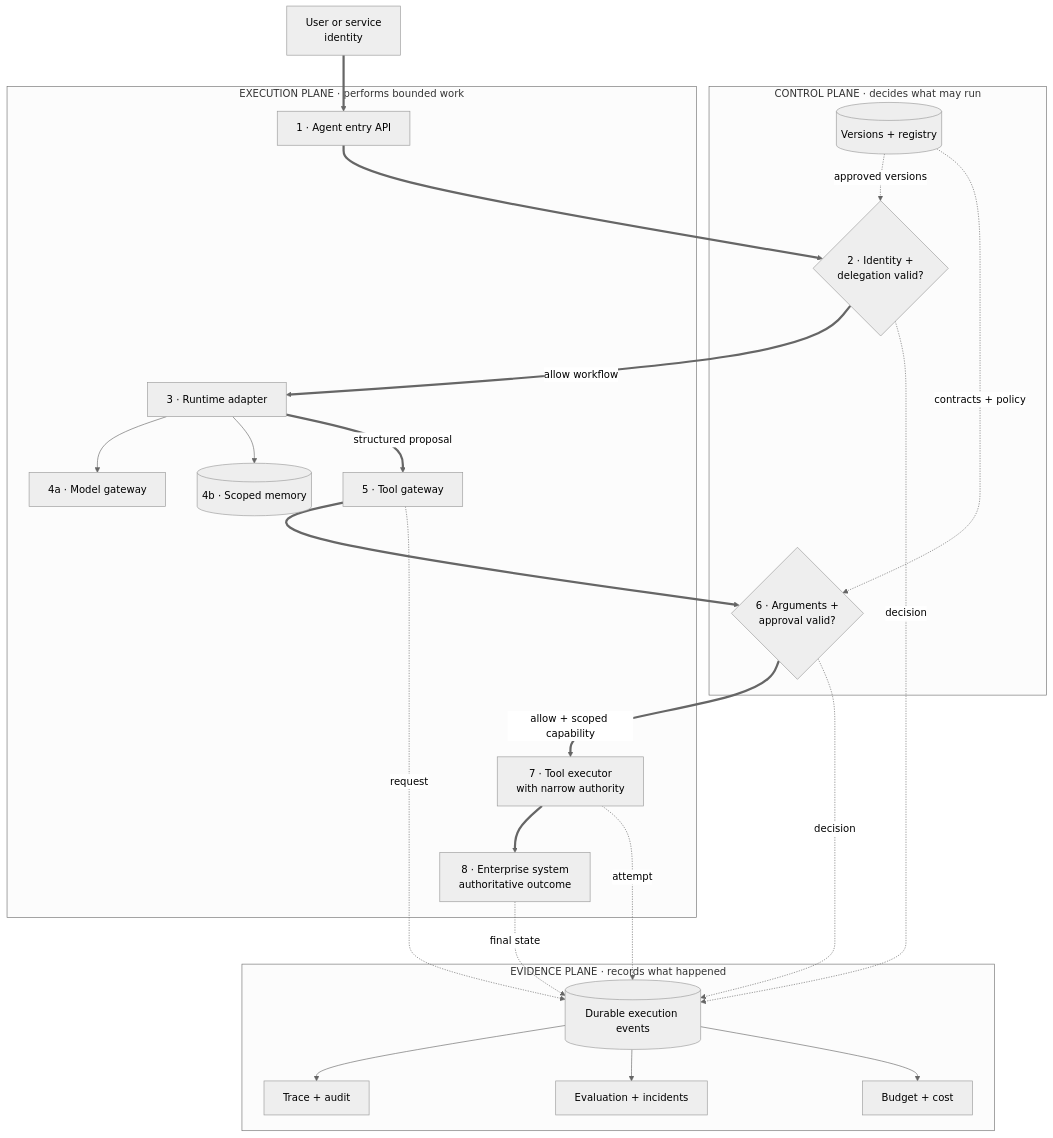
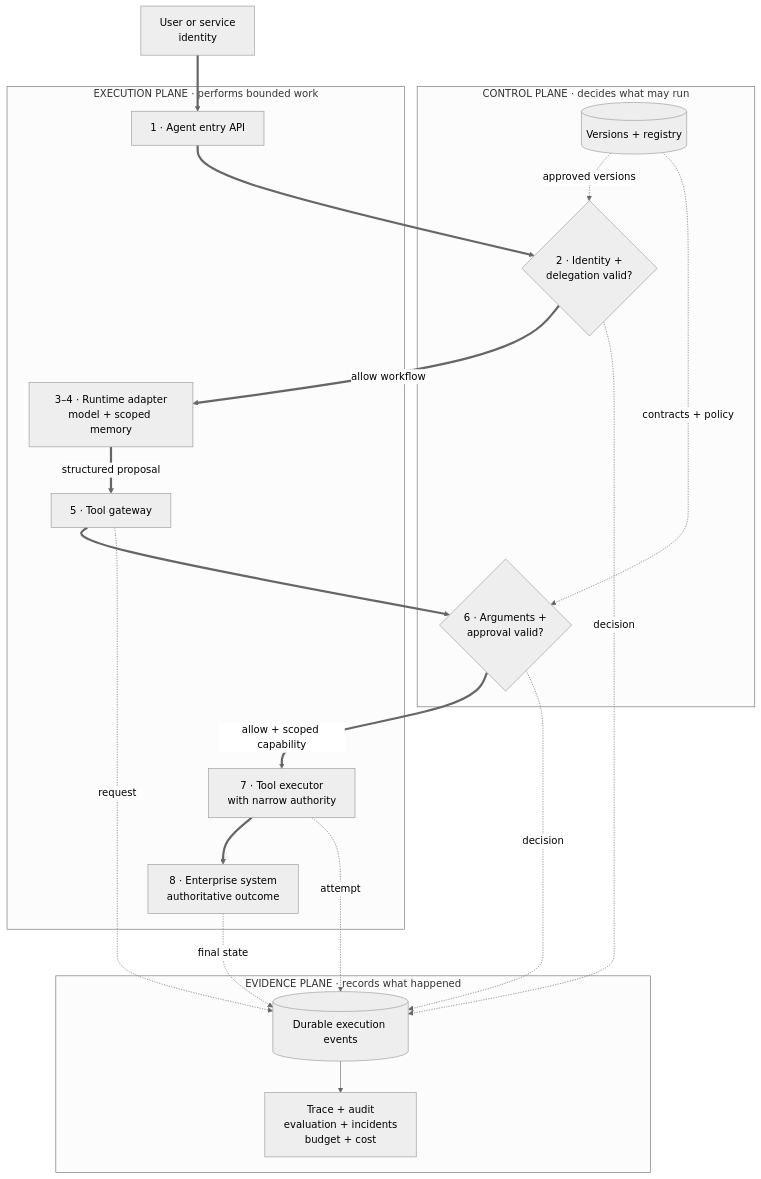
One commit to mlmentorship/mlmentorship.github.io changed the diagram in src/content/posts/2026-08-29-design-enterprise-agent-platform.md. Above: the diagram before and after it, drawn with Mermaid (neutral theme). The commit also changed 7 other files, not shown here.

````diff
--- a/src/content/posts/2026-08-29-design-enterprise-agent-platform.md
+++ b/src/content/posts/2026-08-29-design-enterprise-agent-platform.md
@@ -182,51 +182,43 @@
 ```mermaid
 flowchart TB
   accTitle: Control, execution, and evidence planes for an enterprise agent action
   accDescr: A user or service request enters an execution runtime only after the control plane checks identity and delegation. The runtime may call a model and scoped memory, but a structured tool proposal must return to the control plane for argument policy and approval. Only then does a tool executor receive narrow authority to affect an enterprise system. The entry decision, action decision, dispatch attempt, and authoritative outcome emit durable events to the evidence plane for audit, evaluation, and cost analysis.
   User["User or service<br/>identity"]
   subgraph Control["CONTROL PLANE · decides what may run"]
     Registry[("Versions + registry")]
     Admission{"2 · Identity +<br/>delegation valid?"}
     Policy{"6 · Arguments +<br/>approval valid?"}
   end
   subgraph Execution["EXECUTION PLANE · performs bounded work"]
     Entry["1 · Agent entry API"]
-    Runtime["3 · Runtime adapter"]
-    Model["4a · Model gateway"]
-    Memory[("4b · Scoped memory")]
+    Runtime["3–4 · Runtime adapter<br/>model + scoped memory"]
     Gateway["5 · Tool gateway"]
     Executor["7 · Tool executor<br/>with narrow authority"]
     Systems["8 · Enterprise system<br/>authoritative outcome"]
   end
   subgraph Evidence["EVIDENCE PLANE · records what happened"]
     Events[("Durable execution events")]
-    Audit["Trace + audit"]
-    Eval["Evaluation + incidents"]
-    Cost["Budget + cost"]
-    Events --> Audit
-    Events --> Eval
-    Events --> Cost
+    Uses["Trace + audit<br/>evaluation + incidents<br/>budget + cost"]
+    Events --> Uses
   end
   User ==> Entry
   Entry ==> Admission
   Admission ==>|"allow workflow"| Runtime
-  Runtime --> Model
-  Runtime --> Memory
   Runtime ==>|"structured proposal"| Gateway
   Gateway ==> Policy
   Policy ==>|"allow + scoped capability"| Executor
   Executor ==> Systems
   Registry -. "approved versions" .-> Admission
   Registry -. "contracts + policy" .-> Policy
   Admission -. "decision" .-> Events
   Gateway -. "request" .-> Events
   Policy -. "decision" .-> Events
   Executor -. "attempt" .-> Events
   Systems -. "final state" .-> Events
   class User,Entry viz-input
   class Admission,Policy,Gateway viz-focus
-  class Registry,Memory,Events viz-state
-  class Runtime,Model,Executor viz-neutral
-  class Systems,Audit,Eval,Cost viz-output
-  class User,Registry,Admission,Policy,Entry,Runtime,Model,Memory,Gateway,Executor,Systems,Events,Audit,Eval,Cost viz-compact
+  class Registry,Events viz-state
+  class Runtime,Executor viz-neutral
+  class Systems,Uses viz-output
+  class User,Registry,Admission,Policy,Entry,Runtime,Gateway,Executor,Systems,Events,Uses viz-compact
 ```
````
